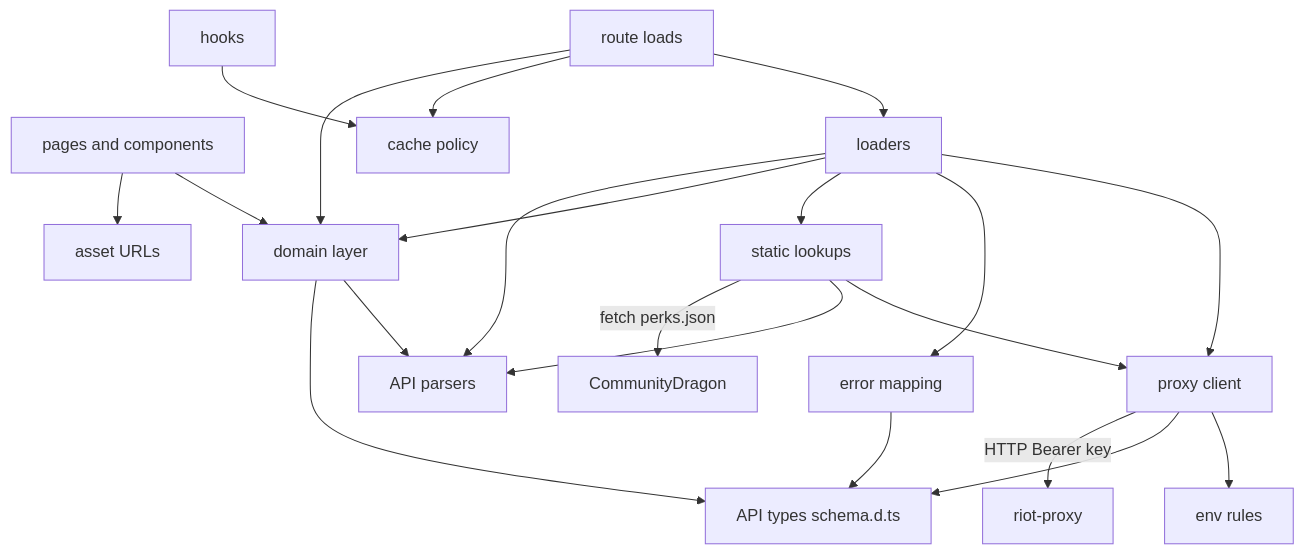
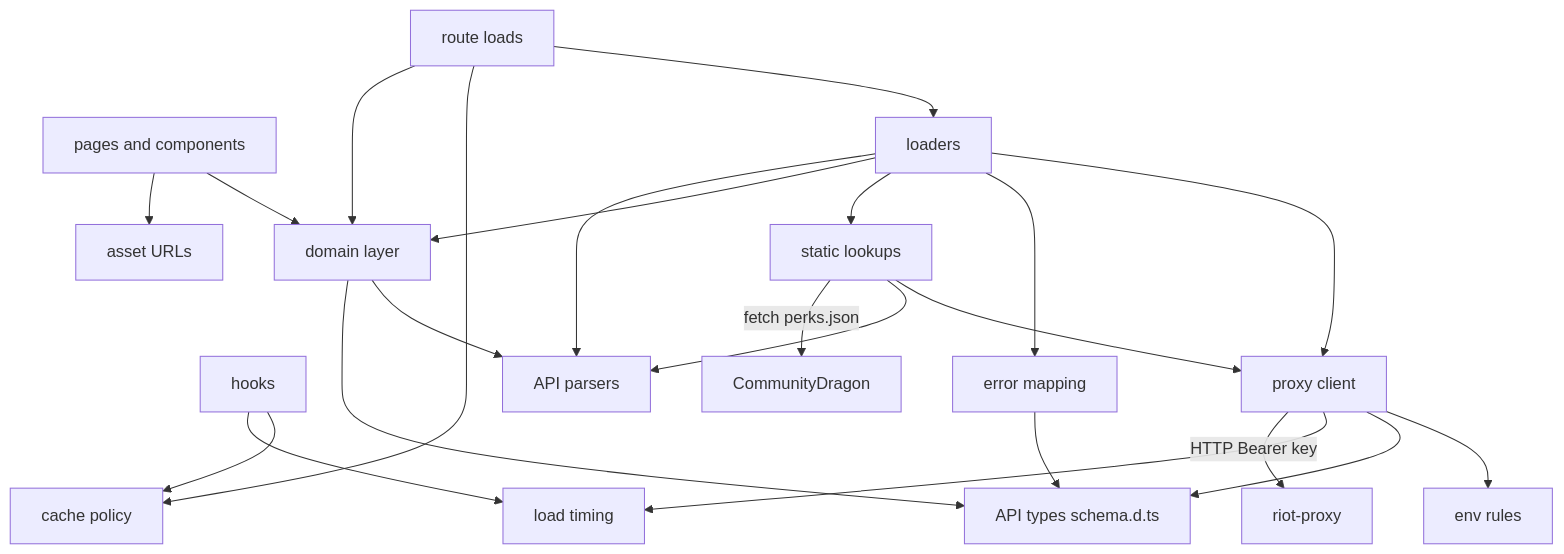
One commit to NinjaGoldfinch/ninjagoldfinch-lol changed the diagram in docs/architecture/components.md. Above: the diagram before and after it, drawn with Mermaid. The commit also changed other lines of this file and 39 other files, not shown here.

First line of the commit message:
perf(timing): log each slow load with its riot-proxy calls

````diff
--- a/docs/architecture/components.md
+++ b/docs/architecture/components.md
@@ -33,39 +34,42 @@
 ```mermaid
 flowchart TD
   Pages[pages and components]
   Loads[route loads]
   Hooks[hooks]
   Loaders[loaders]
   Static[static lookups]
   Client[proxy client]
   Errors[error mapping]
   Cache[cache policy]
+  Timing[load timing]
   Env[env rules]
   Parsers[API parsers]
   Schema[API types schema.d.ts]
   Domain[domain layer]
   Assets[asset URLs]
   Proxy[riot-proxy]
   CDragon[CommunityDragon]
 
   Loads --> Loaders
   Loads --> Cache
   Loads --> Domain
   Hooks --> Cache
+  Hooks --> Timing
   Loaders --> Client
   Loaders --> Errors
   Loaders --> Static
   Loaders --> Domain
   Loaders --> Parsers
   Static --> Client
   Static --> Parsers
   Static -->|fetch perks.json| CDragon
   Client --> Env
   Client --> Schema
+  Client --> Timing
   Client -->|HTTP Bearer key| Proxy
   Errors --> Schema
   Domain --> Parsers
   Domain --> Schema
   Pages --> Domain
   Pages --> Assets
 ```
````
